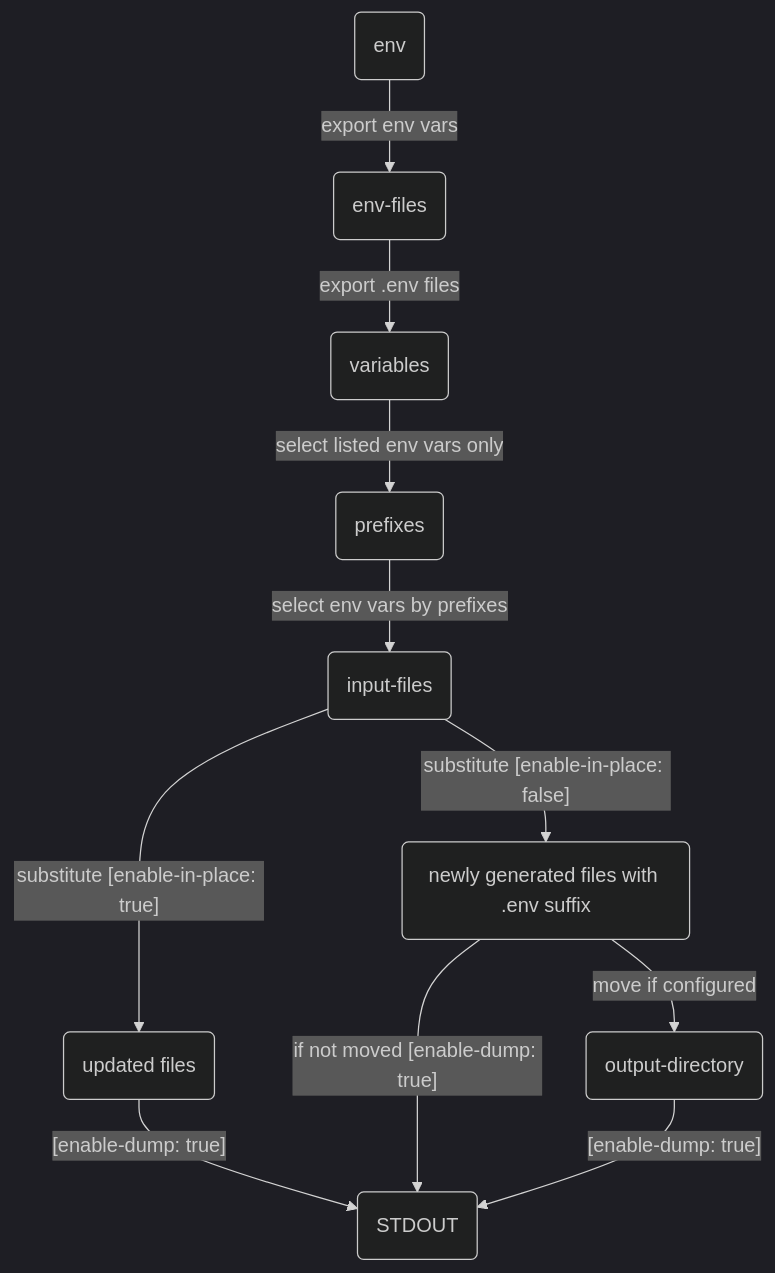
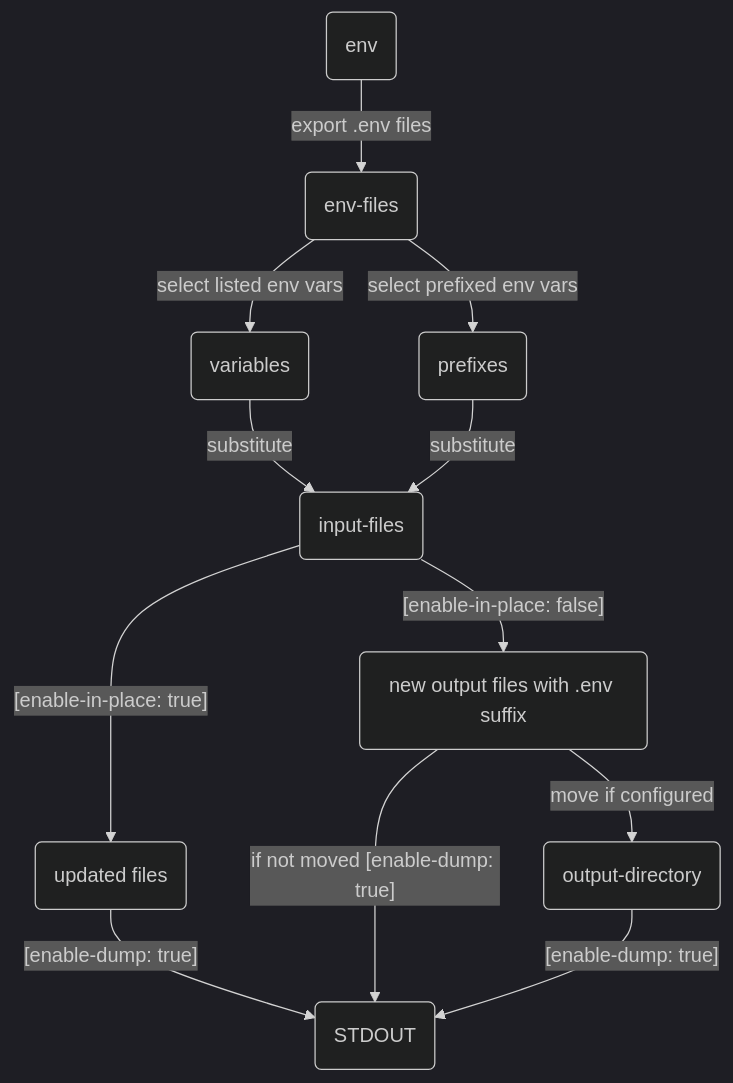
Before and after one commit to iamazeem/substitute-action: the diagram in README.md, drawn with Mermaid (dark theme). The commit also changed other lines of this file, not shown here.

````diff
--- a/README.md
+++ b/README.md
@@ -16,13 +16,14 @@
 ```mermaid
 flowchart TD
-    A(env) --> |export env vars| B(env-files)
-    B --> |export .env files| C(variables)
-    C --> |select listed env vars only| D(prefixes)
-    D --> |select env vars by prefixes| E(input-files)
-    E --> |"substitute [enable-in-place: true]"| F(updated files)
-    E --> |"substitute [enable-in-place: false]"| G(newly generated files with .env suffix)
+    A(env) --> |export .env files| B(env-files)
+    B --> |select listed env vars| C(variables)
+    B --> |select prefixed env vars| D(prefixes)
+    C --> |substitute| E(input-files)
+    D --> |substitute| E(input-files)
+    E --> |"[enable-in-place: true]"| F(updated files)
+    E --> |"[enable-in-place: false]"| G(new output files with .env suffix)
     G --> |move if configured| I(output-directory)
     F --> |"[enable-dump: true]"| J(STDOUT)
     G --> |"if not moved [enable-dump: true]"| J
     I --> |"[enable-dump: true]"| J
 ```
````
